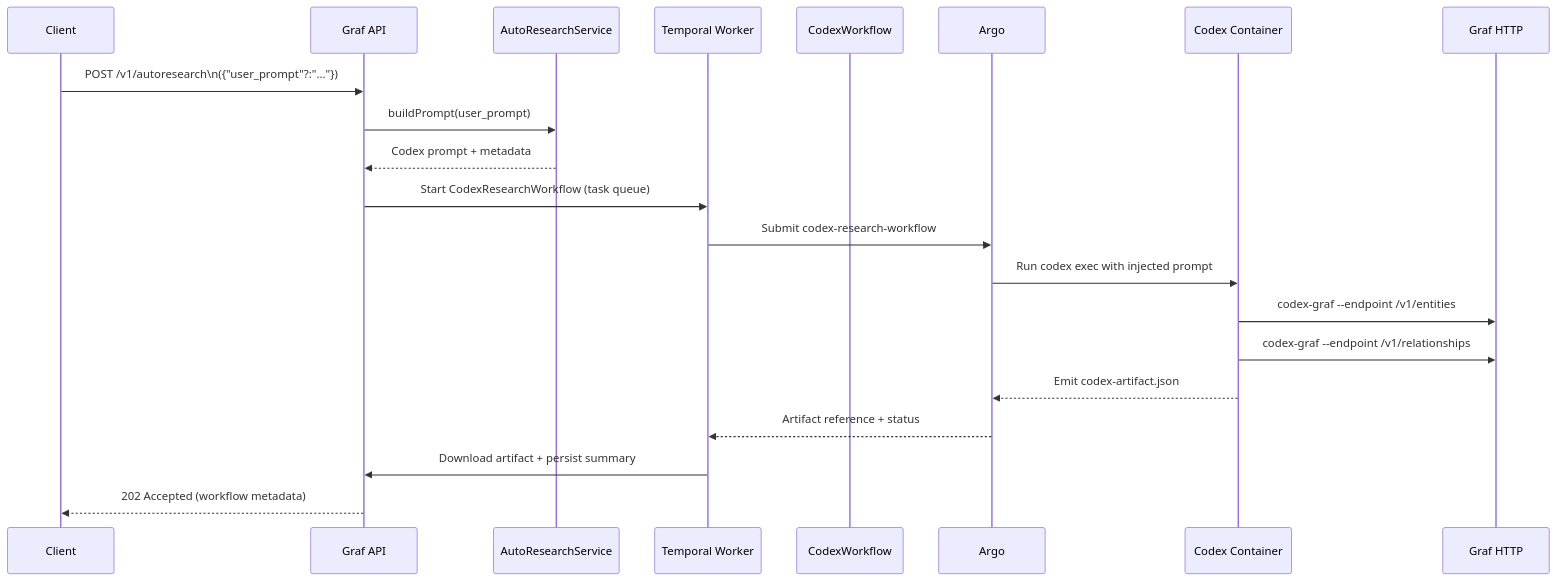
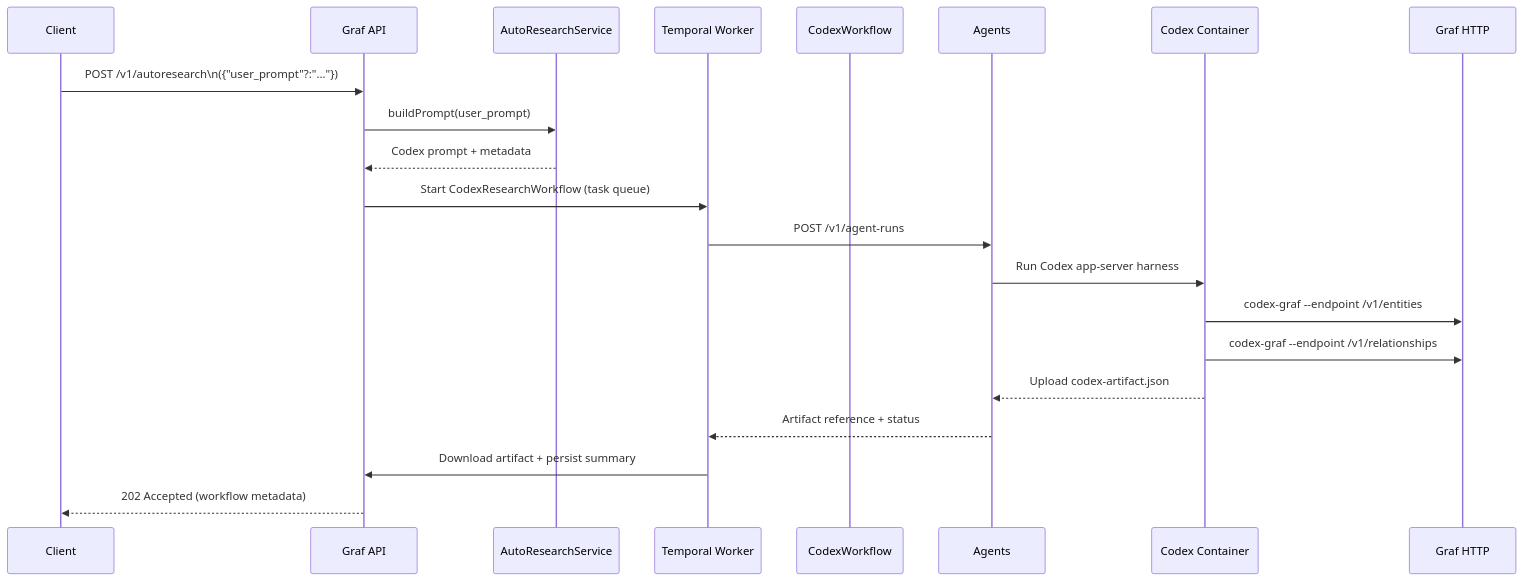
Before and after one commit to proompteng/lab: the second of 2 diagrams in docs/graf-current-state.md, drawn with Mermaid. The commit also changed other lines of this file and 42 other files, not shown here.

Commit message:
refactor(graf): route codex research through agentruns

````diff
--- a/docs/graf-current-state.md
+++ b/docs/graf-current-state.md
@@ -70,24 +70,24 @@
 ```mermaid
 sequenceDiagram
     participant Client
     participant Graf as Graf API
     participant Prompt as AutoResearchService
     participant Temporal as Temporal Worker
     participant Codex as CodexWorkflow
-    participant Argo
+    participant Agents
     participant Runner as Codex Container
     participant GrafAPI as Graf HTTP
 
     Client->>Graf: POST /v1/autoresearch\n({"user_prompt"?:"..."})
     Graf->>Prompt: buildPrompt(user_prompt)
     Prompt-->>Graf: Codex prompt + metadata
     Graf->>Temporal: Start CodexResearchWorkflow (task queue)
-    Temporal->>Argo: Submit codex-research-workflow
-    Argo->>Runner: Run codex exec with injected prompt
+    Temporal->>Agents: POST /v1/agent-runs
+    Agents->>Runner: Run Codex app-server harness
     Runner->>GrafAPI: codex-graf --endpoint /v1/entities
     Runner->>GrafAPI: codex-graf --endpoint /v1/relationships
-    Runner-->>Argo: Emit codex-artifact.json
-    Argo-->>Temporal: Artifact reference + status
+    Runner-->>Agents: Upload codex-artifact.json
+    Agents-->>Temporal: Artifact reference + status
     Temporal->>Graf: Download artifact + persist summary
     Graf-->>Client: 202 Accepted (workflow metadata)
 ```
````
